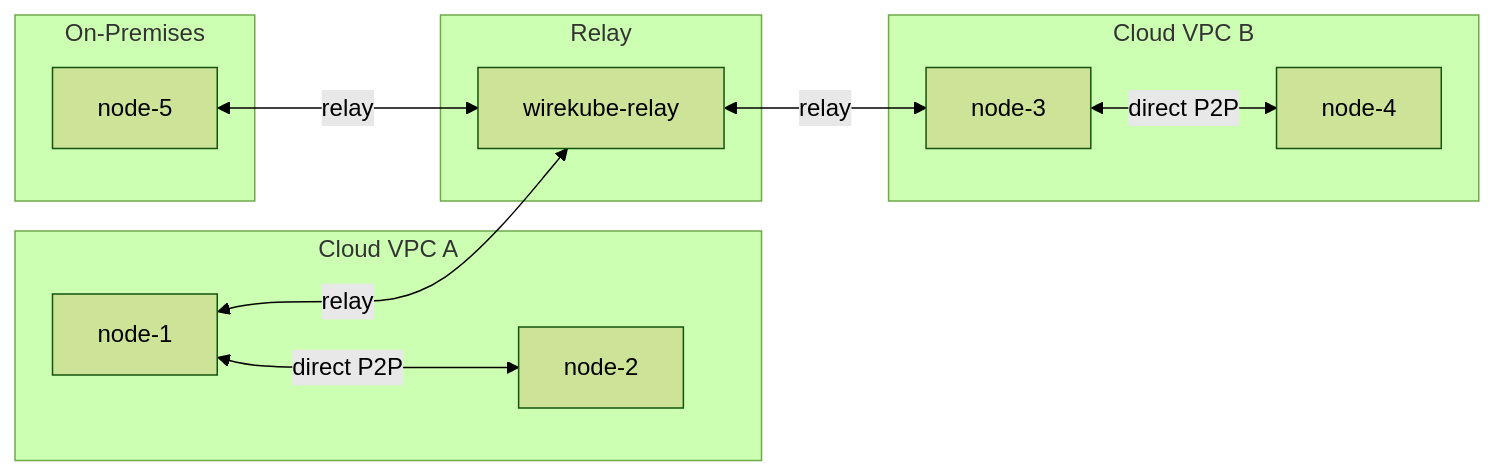
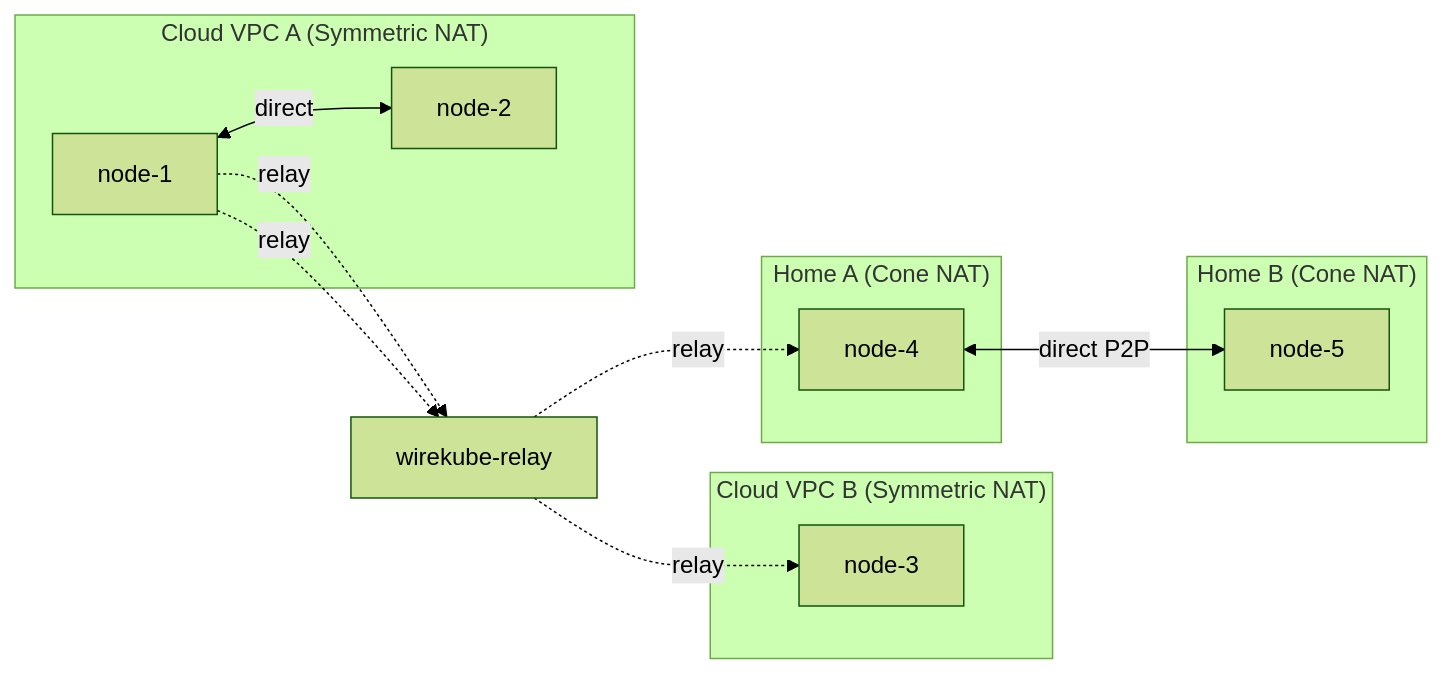
Before and after one commit to inerplat/wirekube: the diagram in README.md, drawn with Mermaid (forest theme). The commit also changed other lines of this file and 20 other files, not shown here.

````diff
--- a/README.md
+++ b/README.md
@@ -11,22 +11,23 @@
 ```mermaid
 flowchart LR
-    subgraph VPC-A["Cloud VPC A"]
+    subgraph VPC-A["Cloud VPC A (Symmetric NAT)"]
         N1[node-1]
         N2[node-2]
     end
-    subgraph VPC-B["Cloud VPC B"]
+    subgraph VPC-B["Cloud VPC B (Symmetric NAT)"]
         N3[node-3]
+    end
+    subgraph Home-A["Home A (Cone NAT)"]
         N4[node-4]
     end
-    subgraph OnPrem["On-Premises"]
+    subgraph Home-B["Home B (Cone NAT)"]
         N5[node-5]
     end
-    subgraph Relay
-        R[wirekube-relay]
-    end
-    N1 <-->|direct P2P| N2
-    N3 <-->|direct P2P| N4
-    N1 <-->|relay| R
-    R <-->|relay| N3
-    N5 <-->|relay| R
+    R[wirekube-relay]
+    N1 <-->|direct| N2
+    N1 -.->|relay| R
+    R -.->|relay| N3
+    N1 -.->|relay| R
+    R -.->|relay| N4
+    N4 <-->|direct P2P| N5
 ```
````
